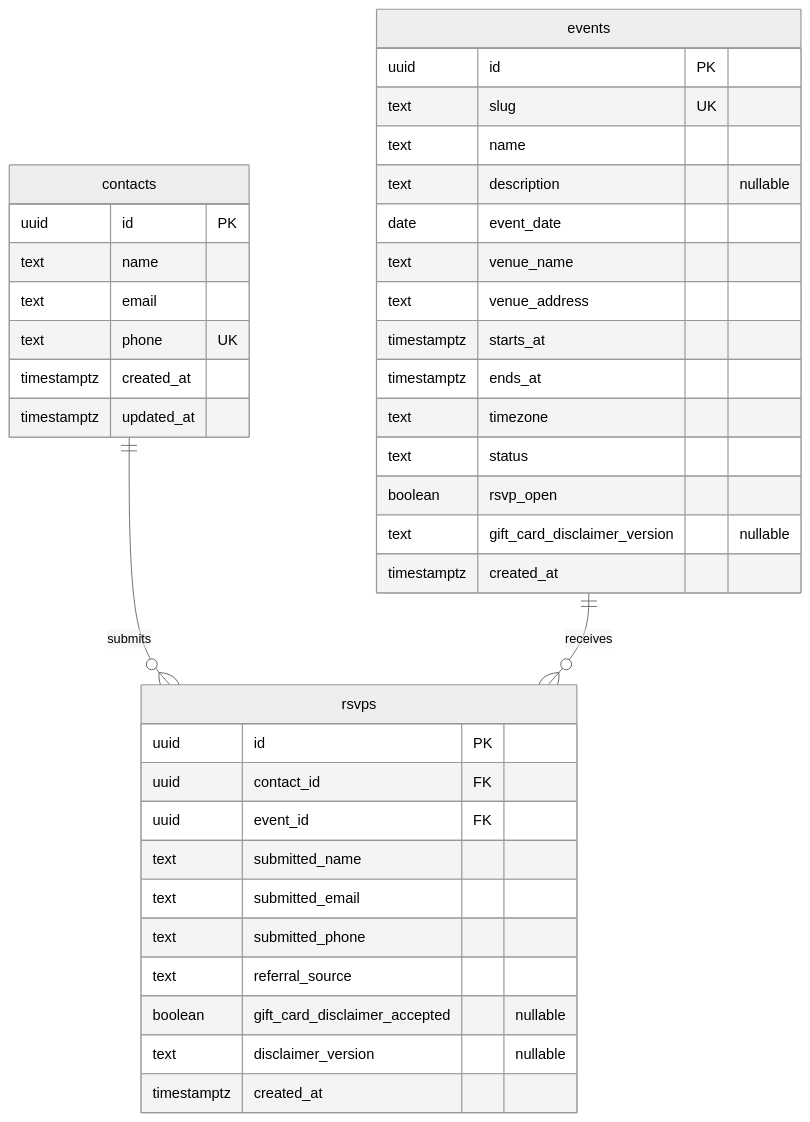
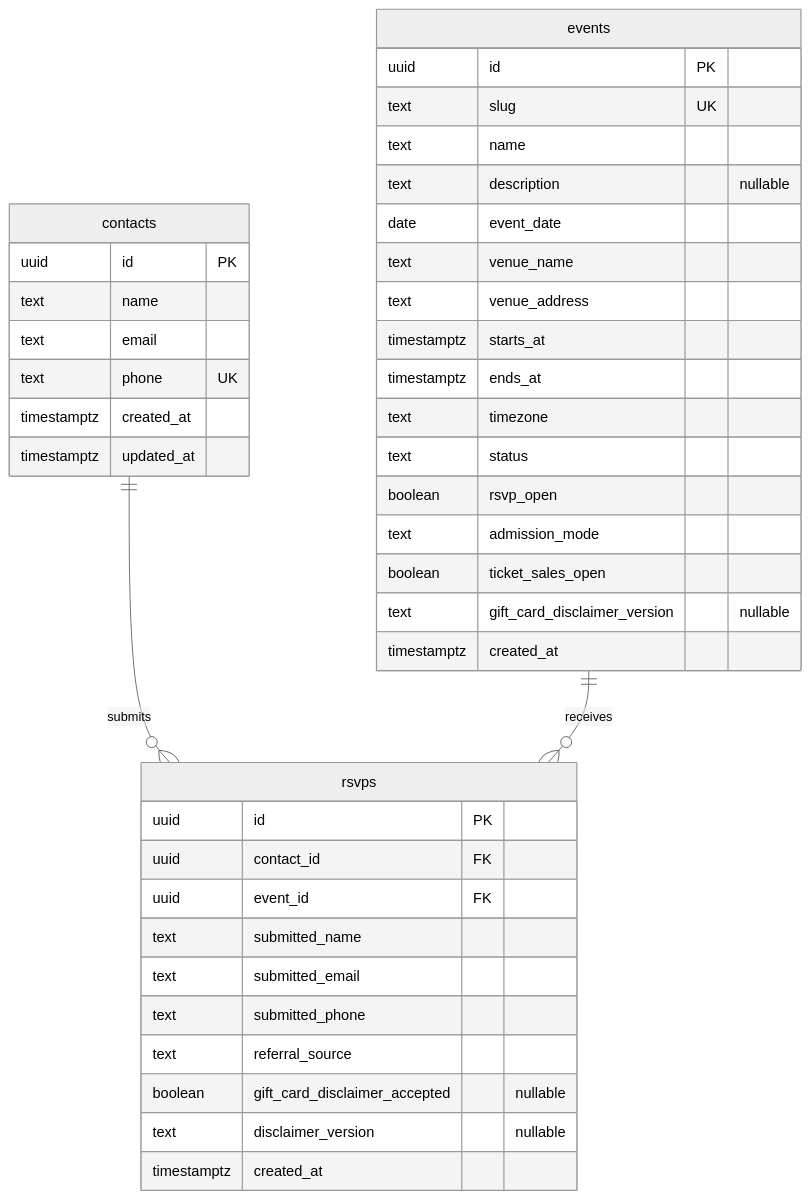
The diagram in docs/database.md (Felicity05/el-solar-timbero), drawn with Mermaid (neutral theme) before and after one commit. The commit also changed other lines of this file and 108 other files, not shown here.

````diff
--- a/docs/database.md
+++ b/docs/database.md
@@ -9,42 +9,44 @@
 ```mermaid
 erDiagram
     contacts ||--o{ rsvps : submits
     events ||--o{ rsvps : receives
 
     contacts {
         uuid id PK
         text name
         text email
         text phone UK
         timestamptz created_at
         timestamptz updated_at
     }
     events {
         uuid id PK
         text slug UK
         text name
         text description "nullable"
         date event_date
         text venue_name
         text venue_address
         timestamptz starts_at
         timestamptz ends_at
         text timezone
         text status
         boolean rsvp_open
+        text admission_mode
+        boolean ticket_sales_open
         text gift_card_disclaimer_version "nullable"
         timestamptz created_at
     }
     rsvps {
         uuid id PK
         uuid contact_id FK
         uuid event_id FK
         text submitted_name
         text submitted_email
         text submitted_phone
         text referral_source
         boolean gift_card_disclaimer_accepted "nullable"
         text disclaimer_version "nullable"
         timestamptz created_at
     }
 ```
````
